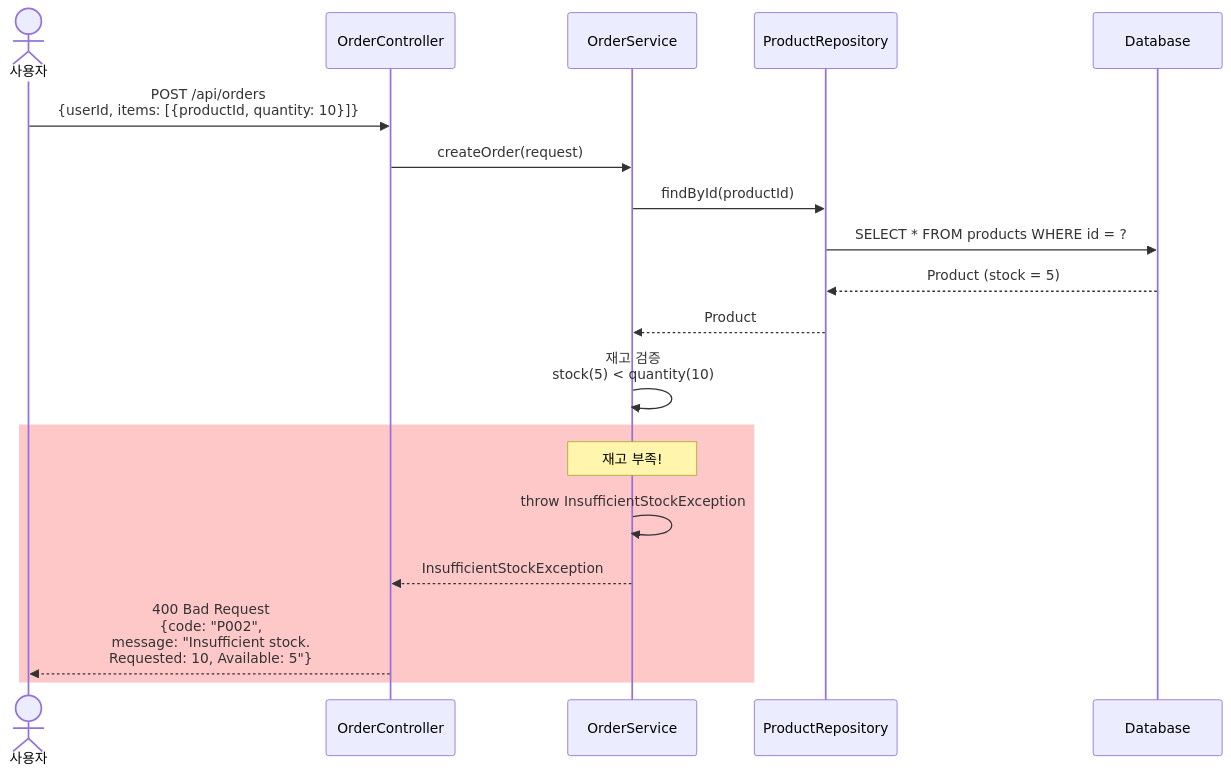
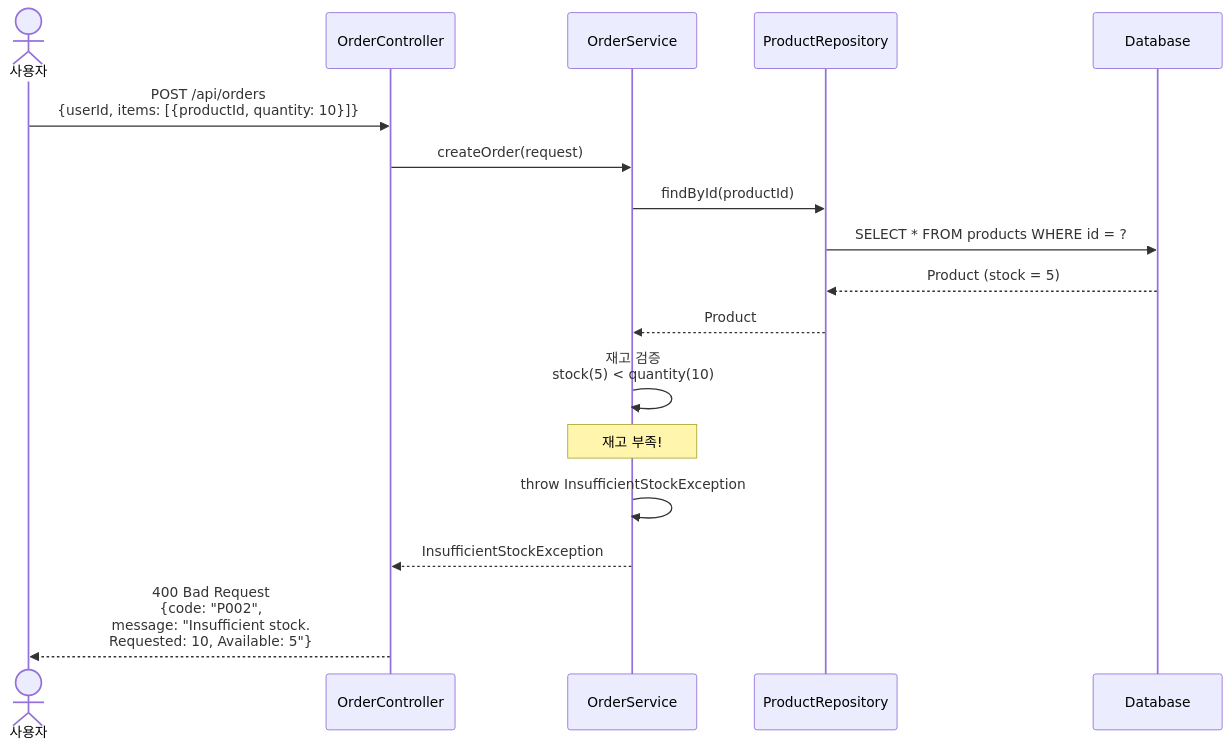
Before and after one commit to knowave/hhplus-ecommerce-kotlin: the eighth of 20 diagrams in docs/sequence-diagrams.md, drawn with Mermaid. The commit also changed other lines of this file, not shown here.

Commit message:
FIX: sequence-diagrams.md 수정

````diff
--- a/docs/sequence-diagrams.md
+++ b/docs/sequence-diagrams.md
@@ -202,25 +370,23 @@
 ```mermaid
 sequenceDiagram
     actor User as 사용자
     participant Controller as OrderController
     participant Service as OrderService
     participant ProductRepo as ProductRepository
     participant DB as Database
 
     User->>Controller: POST /api/orders<br/>{userId, items: [{productId, quantity: 10}]}
     Controller->>Service: createOrder(request)
 
     Service->>ProductRepo: findById(productId)
     ProductRepo->>DB: SELECT * FROM products WHERE id = ?
     DB-->>ProductRepo: Product (stock = 5)
     ProductRepo-->>Service: Product
 
     Service->>Service: 재고 검증<br/>stock(5) < quantity(10)
 
-    rect rgb(255, 200, 200)
     Note over Service: 재고 부족!
     Service->>Service: throw InsufficientStockException
     Service-->>Controller: InsufficientStockException
     Controller-->>User: 400 Bad Request<br/>{code: "P002",<br/>message: "Insufficient stock.<br/>Requested: 10, Available: 5"}
-    end
 ```
````
